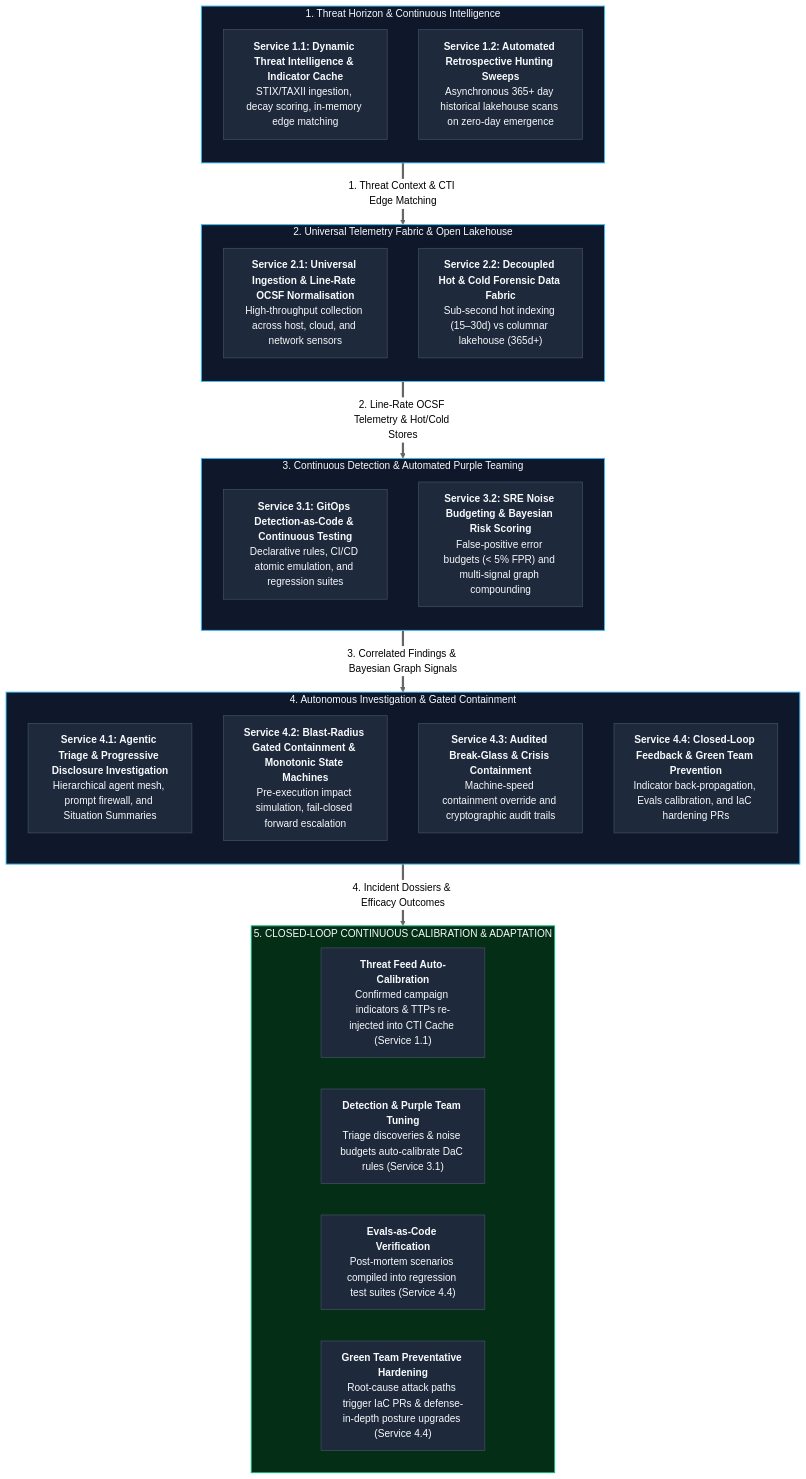
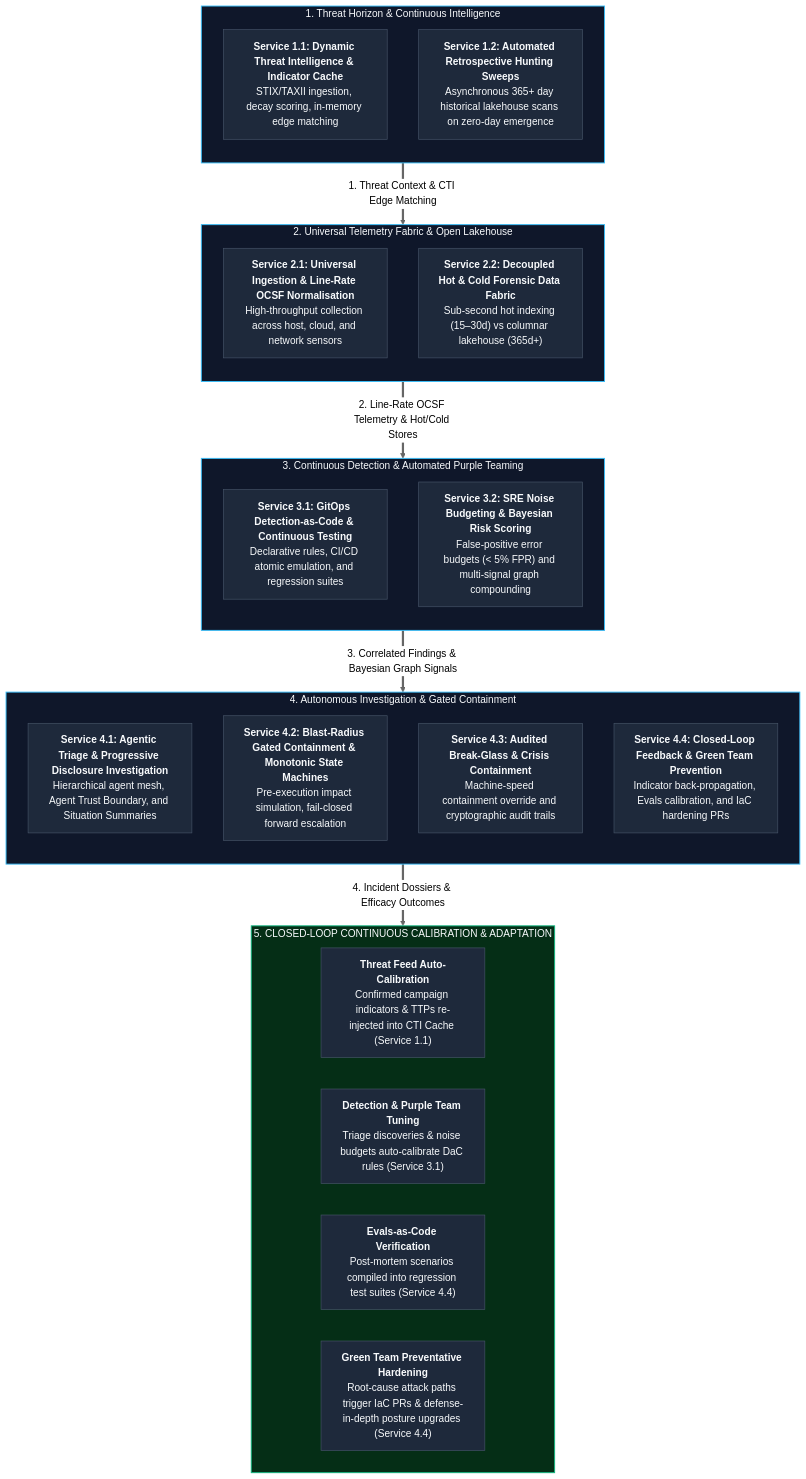
The diagram in docs/architecture/10-macro-capabilities-and-services.md (Haribu/TIDIR), drawn with Mermaid (neutral theme) before and after one commit. The commit also changed other lines of this file and 21 other files, not shown here.

Commit message:
feat(release): v1.0.0 — world-class reference architecture, assurance map, 4-plane model, and machine graph

````diff
--- a/docs/architecture/10-macro-capabilities-and-services.md
+++ b/docs/architecture/10-macro-capabilities-and-services.md
@@ -13,48 +13,48 @@
 ```mermaid
 flowchart TB
     subgraph MACRO1 ["1. Threat Horizon & Continuous Intelligence"]
         direction TB
         S11["<b>Service 1.1: Dynamic Threat Intelligence & Indicator Cache</b><br>STIX/TAXII ingestion, decay scoring, in-memory edge matching"]
         S12["<b>Service 1.2: Automated Retrospective Hunting Sweeps</b><br>Asynchronous 365+ day historical lakehouse scans on zero-day emergence"]
     end
 
     subgraph MACRO2 ["2. Universal Telemetry Fabric & Open Lakehouse"]
         direction TB
         S21["<b>Service 2.1: Universal Ingestion & Line-Rate OCSF Normalisation</b><br>High-throughput collection across host, cloud, and network sensors"]
         S22["<b>Service 2.2: Decoupled Hot & Cold Forensic Data Fabric</b><br>Sub-second hot indexing (15–30d) vs columnar lakehouse (365d+)"]
     end
 
     subgraph MACRO3 ["3. Continuous Detection & Automated Purple Teaming"]
         direction TB
         S31["<b>Service 3.1: GitOps Detection-as-Code & Continuous Testing</b><br>Declarative rules, CI/CD atomic emulation, and regression suites"]
         S32["<b>Service 3.2: SRE Noise Budgeting & Bayesian Risk Scoring</b><br>False-positive error budgets (&lt; 5% FPR) and multi-signal graph compounding"]
     end
 
     subgraph MACRO4 ["4. Autonomous Investigation & Gated Containment"]
         direction TB
-        S41["<b>Service 4.1: Agentic Triage & Progressive Disclosure Investigation</b><br>Hierarchical agent mesh, prompt firewall, and Situation Summaries"]
+        S41["<b>Service 4.1: Agentic Triage & Progressive Disclosure Investigation</b><br>Hierarchical agent mesh, Agent Trust Boundary, and Situation Summaries"]
         S42["<b>Service 4.2: Blast-Radius Gated Containment & Monotonic State Machines</b><br>Pre-execution impact simulation, fail-closed forward escalation"]
         S43["<b>Service 4.3: Audited Break-Glass & Crisis Containment</b><br>Machine-speed containment override and cryptographic audit trails"]
         S44["<b>Service 4.4: Closed-Loop Feedback & Green Team Prevention</b><br>Indicator back-propagation, Evals calibration, and IaC hardening PRs"]
     end
 
     subgraph FEEDBACK ["5. CLOSED-LOOP CONTINUOUS CALIBRATION & ADAPTATION"]
         direction LR
         FB1["<b>Threat Feed Auto-Calibration</b><br>Confirmed campaign indicators & TTPs re-injected into CTI Cache (Service 1.1)"]
         FB2["<b>Detection & Purple Team Tuning</b><br>Triage discoveries & noise budgets auto-calibrate DaC rules (Service 3.1)"]
         FB3["<b>Evals-as-Code Verification</b><br>Post-mortem scenarios compiled into regression test suites (Service 4.4)"]
         FB4["<b>Green Team Preventative Hardening</b><br>Root-cause attack paths trigger IaC PRs & defense-in-depth posture upgrades (Service 4.4)"]
     end
 
     MACRO1 ==>|1. Threat Context & CTI Edge Matching| MACRO2
     MACRO2 ==>|2. Line-Rate OCSF Telemetry & Hot/Cold Stores| MACRO3
     MACRO3 ==>|3. Correlated Findings & Bayesian Graph Signals| MACRO4
     MACRO4 ==>|4. Incident Dossiers & Efficacy Outcomes| FEEDBACK
 
     classDef default fill:#1e293b,stroke:#475569,stroke-width:1px,color:#f8fafc;
     classDef macro fill:#0f172a,stroke:#38bdf8,stroke-width:1.5px,color:#f8fafc;
     classDef feedback fill:#052e16,stroke:#10b981,stroke-width:1.5px,color:#f8fafc;
     class S11,S12,S21,S22,S31,S32,S41,S42,S43,S44,FB1,FB2,FB3,FB4 default;
     class MACRO1,MACRO2,MACRO3,MACRO4 macro;
     class FEEDBACK feedback;
 ```
````
